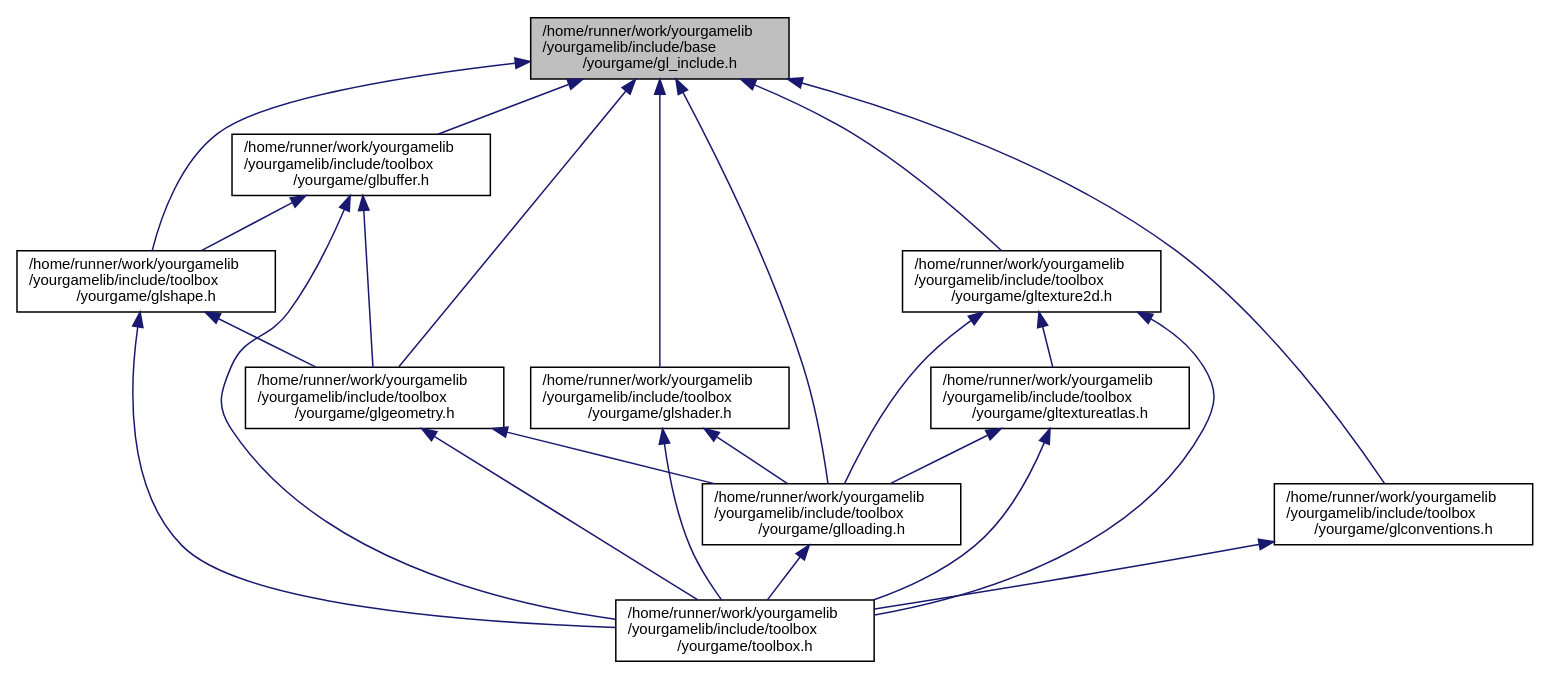
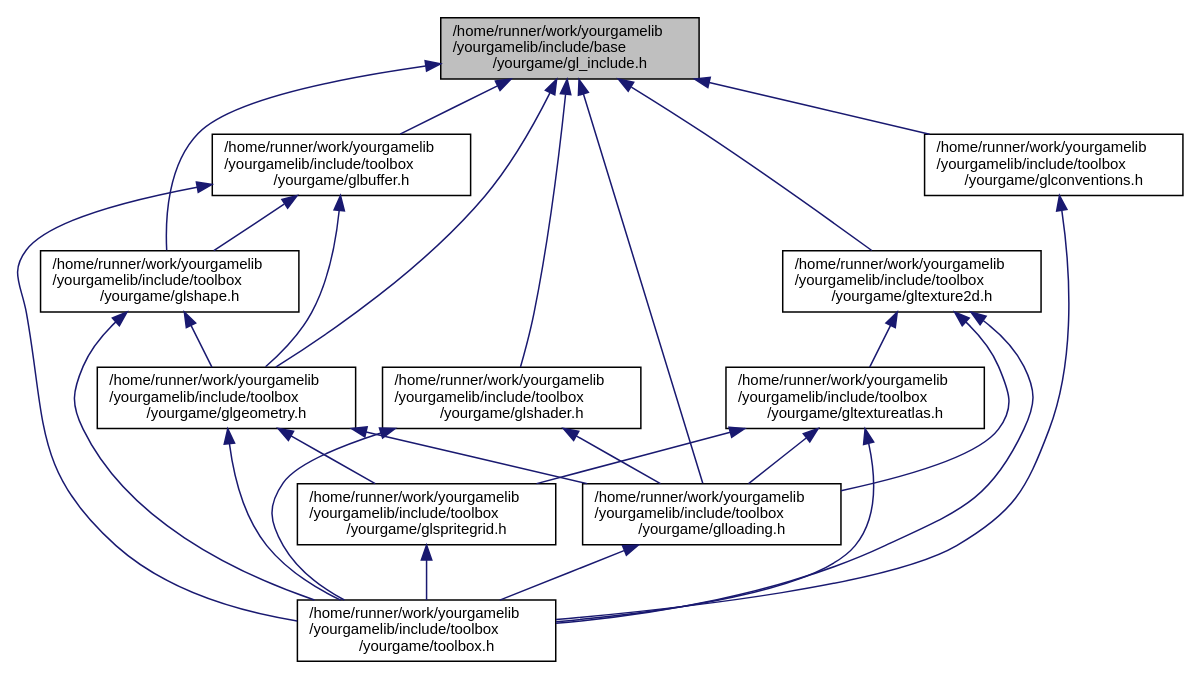
One commit to duddel/yourgamelib changed the diagram in gl__include_8h__dep__incl.dot. Above: the diagram before and after it, drawn with Graphviz. The commit also changed 64 other files, not shown here.

```diff
--- a/gl__include_8h__dep__incl.dot
+++ b/gl__include_8h__dep__incl.dot
@@ -1,38 +1,42 @@
 digraph "/home/runner/work/yourgamelib/yourgamelib/include/base/yourgame/gl_include.h"
 {
   edge [fontname="Helvetica",fontsize="10",labelfontname="Helvetica",labelfontsize="10"];
   node [fontname="Helvetica",fontsize="10",shape=record];
   Node1 [label="/home/runner/work/yourgamelib\l/yourgamelib/include/base\l/yourgame/gl_include.h",height=0.2,width=0.4,color="black", fillcolor="grey75", style="filled", fontcolor="black"];
   Node1 -> Node2 [dir="back",color="midnightblue",fontsize="10",style="solid",fontname="Helvetica"];
   Node2 [label="/home/runner/work/yourgamelib\l/yourgamelib/include/toolbox\l/yourgame/glbuffer.h",height=0.2,width=0.4,color="black", fillcolor="white", style="filled",URL="$glbuffer_8h.html"];
   Node2 -> Node3 [dir="back",color="midnightblue",fontsize="10",style="solid",fontname="Helvetica"];
   Node3 [label="/home/runner/work/yourgamelib\l/yourgamelib/include/toolbox\l/yourgame/glgeometry.h",height=0.2,width=0.4,color="black", fillcolor="white", style="filled",URL="$glgeometry_8h.html"];
   Node3 -> Node4 [dir="back",color="midnightblue",fontsize="10",style="solid",fontname="Helvetica"];
   Node4 [label="/home/runner/work/yourgamelib\l/yourgamelib/include/toolbox\l/yourgame/glloading.h",height=0.2,width=0.4,color="black", fillcolor="white", style="filled",URL="$glloading_8h.html"];
   Node4 -> Node5 [dir="back",color="midnightblue",fontsize="10",style="solid",fontname="Helvetica"];
   Node5 [label="/home/runner/work/yourgamelib\l/yourgamelib/include/toolbox\l/yourgame/toolbox.h",height=0.2,width=0.4,color="black", fillcolor="white", style="filled",URL="$toolbox_8h.html"];
+  Node3 -> Node6 [dir="back",color="midnightblue",fontsize="10",style="solid",fontname="Helvetica"];
+  Node6 [label="/home/runner/work/yourgamelib\l/yourgamelib/include/toolbox\l/yourgame/glspritegrid.h",height=0.2,width=0.4,color="black", fillcolor="white", style="filled",URL="$glspritegrid_8h.html"];
+  Node6 -> Node5 [dir="back",color="midnightblue",fontsize="10",style="solid",fontname="Helvetica"];
   Node3 -> Node5 [dir="back",color="midnightblue",fontsize="10",style="solid",fontname="Helvetica"];
-  Node2 -> Node6 [dir="back",color="midnightblue",fontsize="10",style="solid",fontname="Helvetica"];
-  Node6 [label="/home/runner/work/yourgamelib\l/yourgamelib/include/toolbox\l/yourgame/glshape.h",height=0.2,width=0.4,color="black", fillcolor="white", style="filled",URL="$glshape_8h.html"];
-  Node6 -> Node3 [dir="back",color="midnightblue",fontsize="10",style="solid",fontname="Helvetica"];
-  Node6 -> Node5 [dir="back",color="midnightblue",fontsize="10",style="solid",fontname="Helvetica"];
+  Node2 -> Node7 [dir="back",color="midnightblue",fontsize="10",style="solid",fontname="Helvetica"];
+  Node7 [label="/home/runner/work/yourgamelib\l/yourgamelib/include/toolbox\l/yourgame/glshape.h",height=0.2,width=0.4,color="black", fillcolor="white", style="filled",URL="$glshape_8h.html"];
+  Node7 -> Node3 [dir="back",color="midnightblue",fontsize="10",style="solid",fontname="Helvetica"];
+  Node7 -> Node5 [dir="back",color="midnightblue",fontsize="10",style="solid",fontname="Helvetica"];
   Node2 -> Node5 [dir="back",color="midnightblue",fontsize="10",style="solid",fontname="Helvetica"];
+  Node1 -> Node8 [dir="back",color="midnightblue",fontsize="10",style="solid",fontname="Helvetica"];
+  Node8 [label="/home/runner/work/yourgamelib\l/yourgamelib/include/toolbox\l/yourgame/glconventions.h",height=0.2,width=0.4,color="black", fillcolor="white", style="filled",URL="$glconventions_8h.html"];
+  Node8 -> Node5 [dir="back",color="midnightblue",fontsize="10",style="solid",fontname="Helvetica"];
+  Node1 -> Node3 [dir="back",color="midnightblue",fontsize="10",style="solid",fontname="Helvetica"];
   Node1 -> Node7 [dir="back",color="midnightblue",fontsize="10",style="solid",fontname="Helvetica"];
-  Node7 [label="/home/runner/work/yourgamelib\l/yourgamelib/include/toolbox\l/yourgame/glconventions.h",height=0.2,width=0.4,color="black", fillcolor="white", style="filled",URL="$glconventions_8h.html"];
-  Node7 -> Node5 [dir="back",color="midnightblue",fontsize="10",style="solid",fontname="Helvetica"];
-  Node1 -> Node3 [dir="back",color="midnightblue",fontsize="10",style="solid",fontname="Helvetica"];
-  Node1 -> Node6 [dir="back",color="midnightblue",fontsize="10",style="solid",fontname="Helvetica"];
   Node1 -> Node4 [dir="back",color="midnightblue",fontsize="10",style="solid",fontname="Helvetica"];
-  Node1 -> Node8 [dir="back",color="midnightblue",fontsize="10",style="solid",fontname="Helvetica"];
-  Node8 [label="/home/runner/work/yourgamelib\l/yourgamelib/include/toolbox\l/yourgame/glshader.h",height=0.2,width=0.4,color="black", fillcolor="white", style="filled",URL="$glshader_8h.html"];
-  Node8 -> Node4 [dir="back",color="midnightblue",fontsize="10",style="solid",fontname="Helvetica"];
-  Node8 -> Node5 [dir="back",color="midnightblue",fontsize="10",style="solid",fontname="Helvetica"];
   Node1 -> Node9 [dir="back",color="midnightblue",fontsize="10",style="solid",fontname="Helvetica"];
-  Node9 [label="/home/runner/work/yourgamelib\l/yourgamelib/include/toolbox\l/yourgame/gltexture2d.h",height=0.2,width=0.4,color="black", fillcolor="white", style="filled",URL="$gltexture2d_8h.html"];
+  Node9 [label="/home/runner/work/yourgamelib\l/yourgamelib/include/toolbox\l/yourgame/glshader.h",height=0.2,width=0.4,color="black", fillcolor="white", style="filled",URL="$glshader_8h.html"];
   Node9 -> Node4 [dir="back",color="midnightblue",fontsize="10",style="solid",fontname="Helvetica"];
-  Node9 -> Node10 [dir="back",color="midnightblue",fontsize="10",style="solid",fontname="Helvetica"];
-  Node10 [label="/home/runner/work/yourgamelib\l/yourgamelib/include/toolbox\l/yourgame/gltextureatlas.h",height=0.2,width=0.4,color="black", fillcolor="white", style="filled",URL="$gltextureatlas_8h.html"];
+  Node9 -> Node5 [dir="back",color="midnightblue",fontsize="10",style="solid",fontname="Helvetica"];
+  Node1 -> Node10 [dir="back",color="midnightblue",fontsize="10",style="solid",fontname="Helvetica"];
+  Node10 [label="/home/runner/work/yourgamelib\l/yourgamelib/include/toolbox\l/yourgame/gltexture2d.h",height=0.2,width=0.4,color="black", fillcolor="white", style="filled",URL="$gltexture2d_8h.html"];
   Node10 -> Node4 [dir="back",color="midnightblue",fontsize="10",style="solid",fontname="Helvetica"];
+  Node10 -> Node11 [dir="back",color="midnightblue",fontsize="10",style="solid",fontname="Helvetica"];
+  Node11 [label="/home/runner/work/yourgamelib\l/yourgamelib/include/toolbox\l/yourgame/gltextureatlas.h",height=0.2,width=0.4,color="black", fillcolor="white", style="filled",URL="$gltextureatlas_8h.html"];
+  Node11 -> Node4 [dir="back",color="midnightblue",fontsize="10",style="solid",fontname="Helvetica"];
+  Node11 -> Node6 [dir="back",color="midnightblue",fontsize="10",style="solid",fontname="Helvetica"];
+  Node11 -> Node5 [dir="back",color="midnightblue",fontsize="10",style="solid",fontname="Helvetica"];
   Node10 -> Node5 [dir="back",color="midnightblue",fontsize="10",style="solid",fontname="Helvetica"];
-  Node9 -> Node5 [dir="back",color="midnightblue",fontsize="10",style="solid",fontname="Helvetica"];
 }
```
